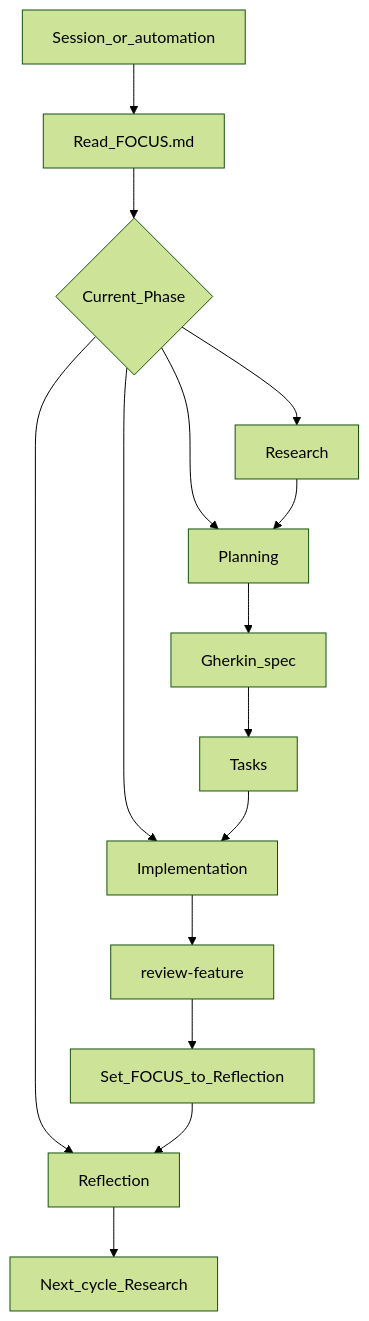
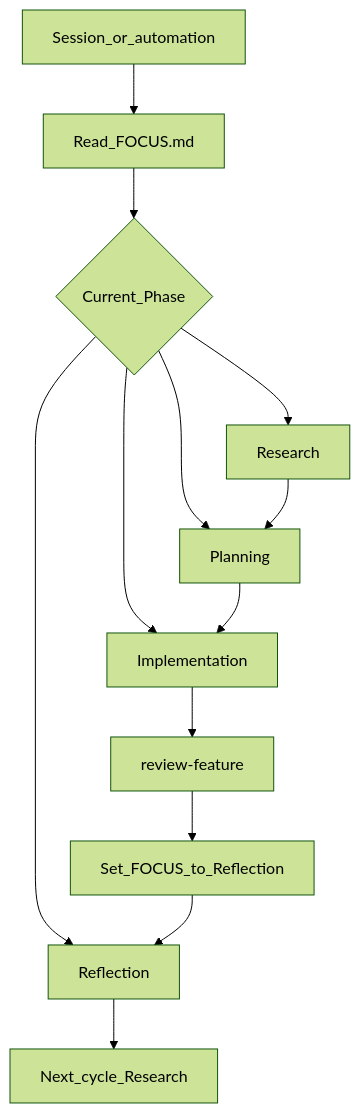
The diagram in process/LOOP.md (agahov/cursor-match-3), drawn with Mermaid (forest theme) before and after one commit. The commit also changed other lines of this file and 26 other files, not shown here.

````diff
--- a/process/LOOP.md
+++ b/process/LOOP.md
@@ -10,17 +9,15 @@
 ```mermaid
 flowchart TD
   kickoff[Session_or_automation] --> readFocus[Read_FOCUS.md]
   readFocus --> phase{Current_Phase}
   phase --> research[Research]
   phase --> planning[Planning]
   phase --> implementation[Implementation]
   phase --> reflection[Reflection]
   research --> planning
-  planning --> gherkin[Gherkin_spec]
-  gherkin --> tasks[Tasks]
-  tasks --> implementation
+  planning --> implementation
   implementation --> review[review-feature]
   review --> setPhase[Set_FOCUS_to_Reflection]
   setPhase --> reflection
   reflection --> nextResearch[Next_cycle_Research]
 ```
````
